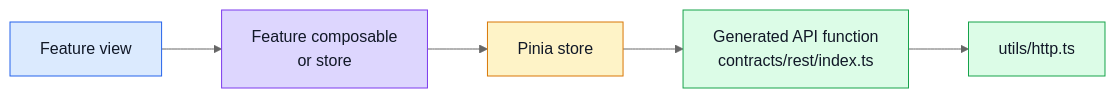
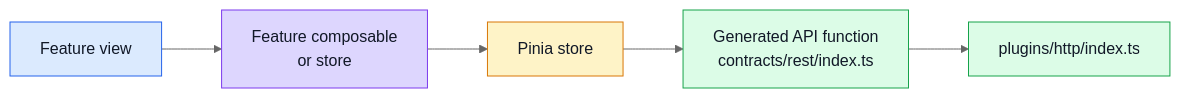
The second of 2 diagrams in docs/theory/layers.md (Guebbit/boilerplate-vue-frontend), drawn with Mermaid (neutral theme) before and after one commit. The commit also changed other lines of this file and 148 other files, not shown here.

````diff
--- a/docs/theory/layers.md
+++ b/docs/theory/layers.md
@@ -46,17 +46,17 @@
 ```mermaid
 %%{init: {'flowchart': {'nodeSpacing': 50, 'rankSpacing': 60}}}%%
 flowchart LR
     View[Feature view] --> Composable[Feature composable\nor store]
     Composable --> Store[Pinia store]
     Store --> Client[Generated API function\ncontracts/rest/index.ts]
-    Client --> HTTP[utils/http.ts]
+    Client --> HTTP[plugins/http/index.ts]
 
     classDef view fill:#dbeafe,stroke:#2563eb,color:#111827;
     classDef comp fill:#ddd6fe,stroke:#7c3aed,color:#111827;
     classDef store fill:#fef3c7,stroke:#d97706,color:#111827;
     classDef http fill:#dcfce7,stroke:#16a34a,color:#111827;
     class View view;
     class Composable comp;
     class Store store;
     class Client,HTTP http;
 ```
````
